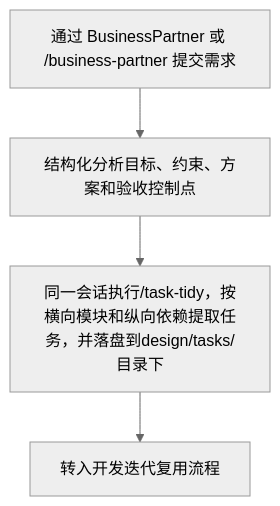
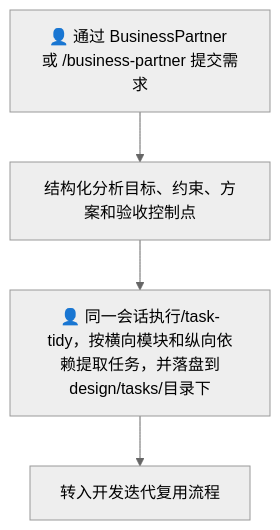
Before and after one commit to derekhu0002/Argo: the first of 5 diagrams in README.md, drawn with Mermaid (neutral theme). The commit also changed other lines of this file, not shown here.

````diff
--- a/README.md
+++ b/README.md
@@ -63,6 +63,6 @@
 ```mermaid
 flowchart TD
-    A[通过 BusinessPartner 或 /business-partner 提交需求] --> B[结构化分析目标、约束、方案和验收控制点]
-    B --> D[同一会话执行/task-tidy，按横向模块和纵向依赖提取任务，并落盘到design/tasks/目录下]
+    A[👤 通过 BusinessPartner 或 /business-partner 提交需求] --> B[结构化分析目标、约束、方案和验收控制点]
+    B --> D[👤 同一会话执行/task-tidy，按横向模块和纵向依赖提取任务，并落盘到design/tasks/目录下]
     D --> E[转入开发迭代复用流程]
 ```
````
